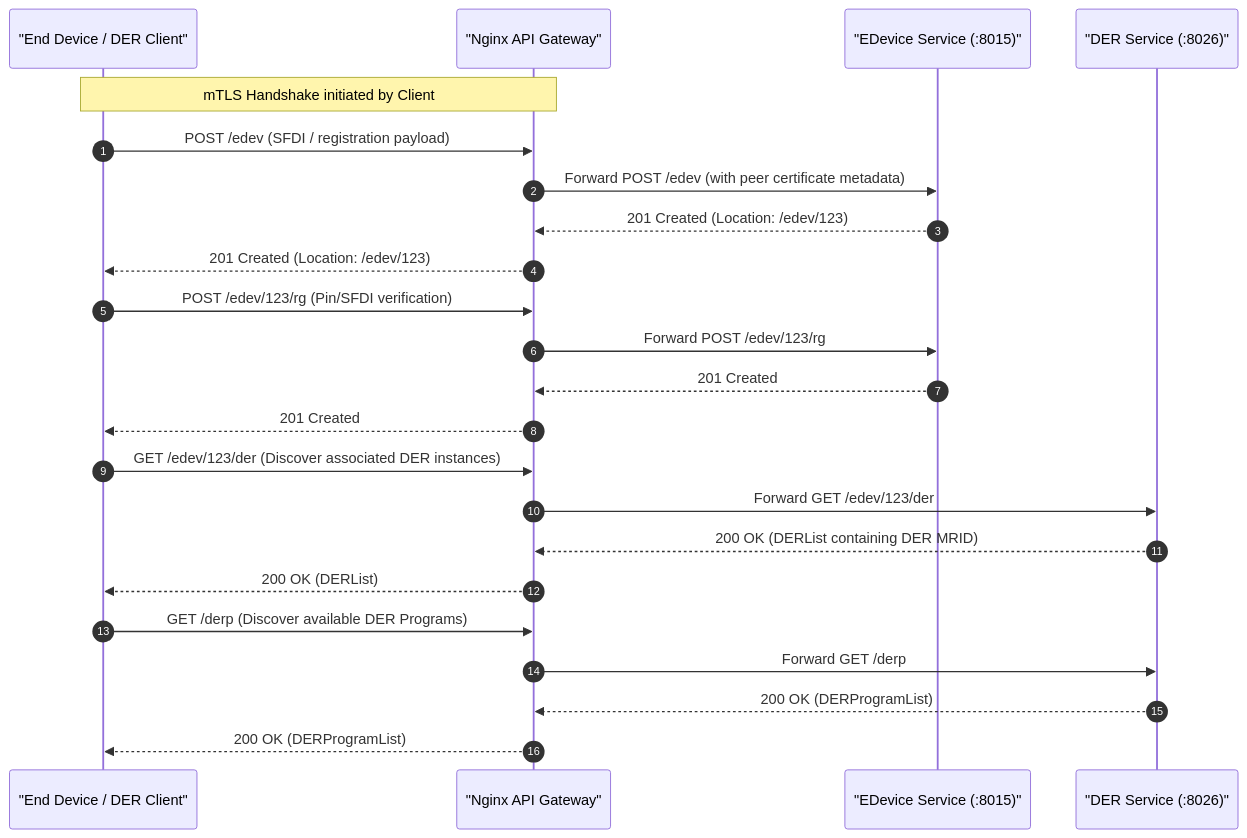
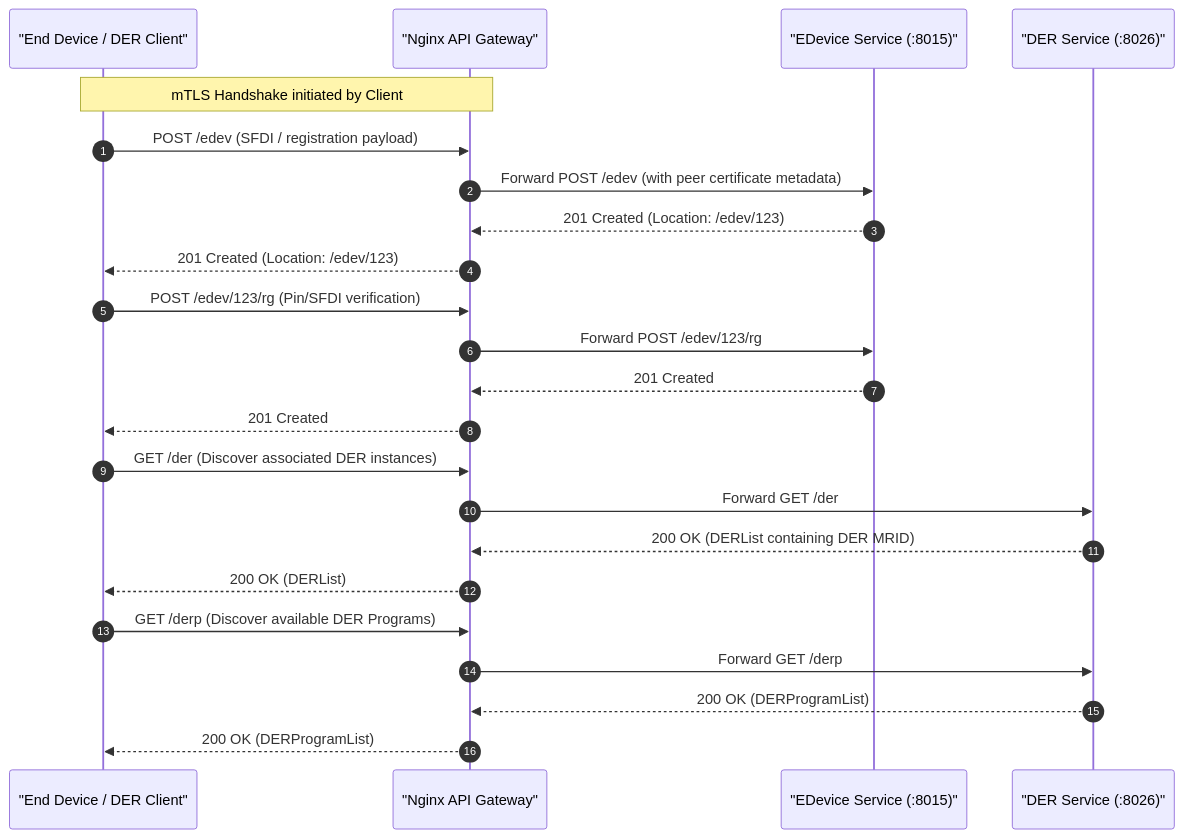
Before and after one commit to Tylores/egot: the first of 5 diagrams in lifecycles/frequency_response.md, drawn with Mermaid. The commit also changed other lines of this file and 18 other files, not shown here.

````diff
--- a/lifecycles/frequency_response.md
+++ b/lifecycles/frequency_response.md
@@ -11,29 +11,29 @@
 ```mermaid
 sequenceDiagram
     autonumber
     participant Client as "End Device / DER Client"
     participant GW as "Nginx API Gateway"
     participant EDev as "EDevice Service (:8015)"
     participant DER as "DER Service (:8026)"
 
     Note over Client, GW: mTLS Handshake initiated by Client
     Client->>GW: POST /edev (SFDI / registration payload)
     GW->>EDev: Forward POST /edev (with peer certificate metadata)
     EDev-->>GW: 201 Created (Location: /edev/123)
     GW-->>Client: 201 Created (Location: /edev/123)
 
     Client->>GW: POST /edev/123/rg (Pin/SFDI verification)
     GW->>EDev: Forward POST /edev/123/rg
     EDev-->>GW: 201 Created
     GW-->>Client: 201 Created
 
-    Client->>GW: GET /edev/123/der (Discover associated DER instances)
-    GW->>DER: Forward GET /edev/123/der
+    Client->>GW: GET /der (Discover associated DER instances)
+    GW->>DER: Forward GET /der
     DER-->>GW: 200 OK (DERList containing DER MRID)
     GW-->>Client: 200 OK (DERList)
 
     Client->>GW: GET /derp (Discover available DER Programs)
     GW->>DER: Forward GET /derp
     DER-->>GW: 200 OK (DERProgramList)
     GW-->>Client: 200 OK (DERProgramList)
 ```
````
